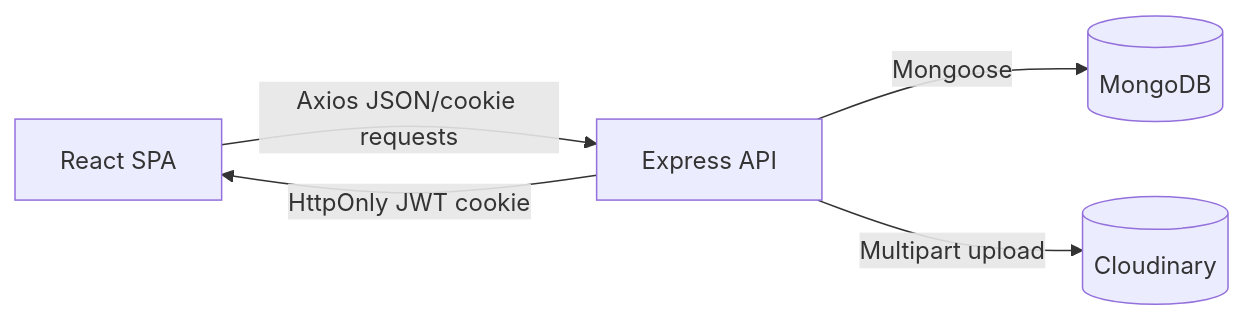
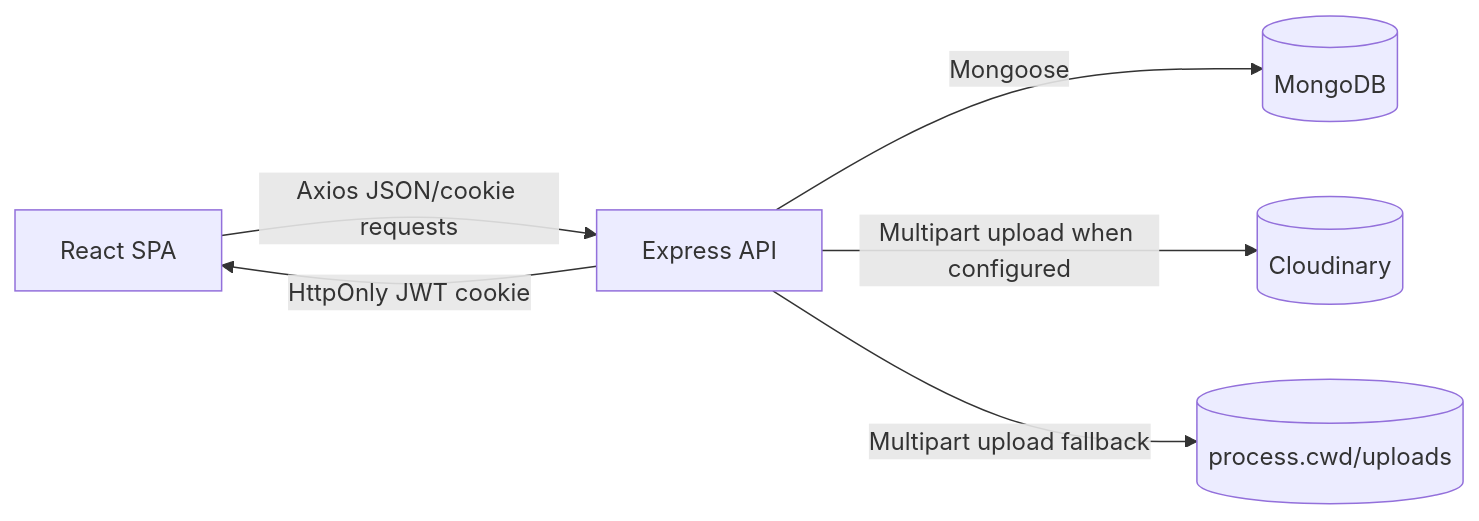
One commit to Arya-dev2006/lms changed the diagram in docs/PROJECT_OVERVIEW.md. Above: the diagram before and after it, drawn with Mermaid. The commit also changed other lines of this file and 11 other files, not shown here.

````diff
--- a/docs/PROJECT_OVERVIEW.md
+++ b/docs/PROJECT_OVERVIEW.md
@@ -16,7 +16,8 @@
 ```mermaid
 flowchart LR
   Browser[React SPA] -->|Axios JSON/cookie requests| API[Express API]
   API -->|Mongoose| Mongo[(MongoDB)]
-  API -->|Multipart upload| Cloudinary[(Cloudinary)]
+  API -->|Multipart upload when configured| Cloudinary[(Cloudinary)]
+  API -->|Multipart upload fallback| LocalUploads[(process.cwd/uploads)]
   API -->|HttpOnly JWT cookie| Browser
 ```
````
